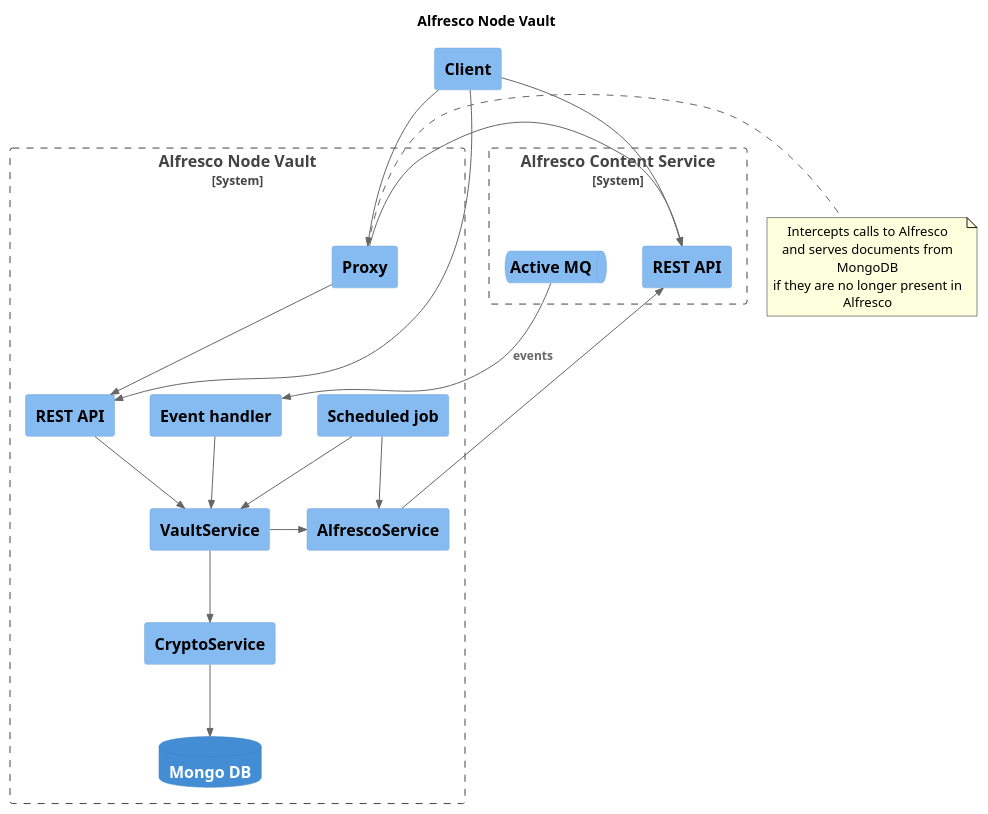
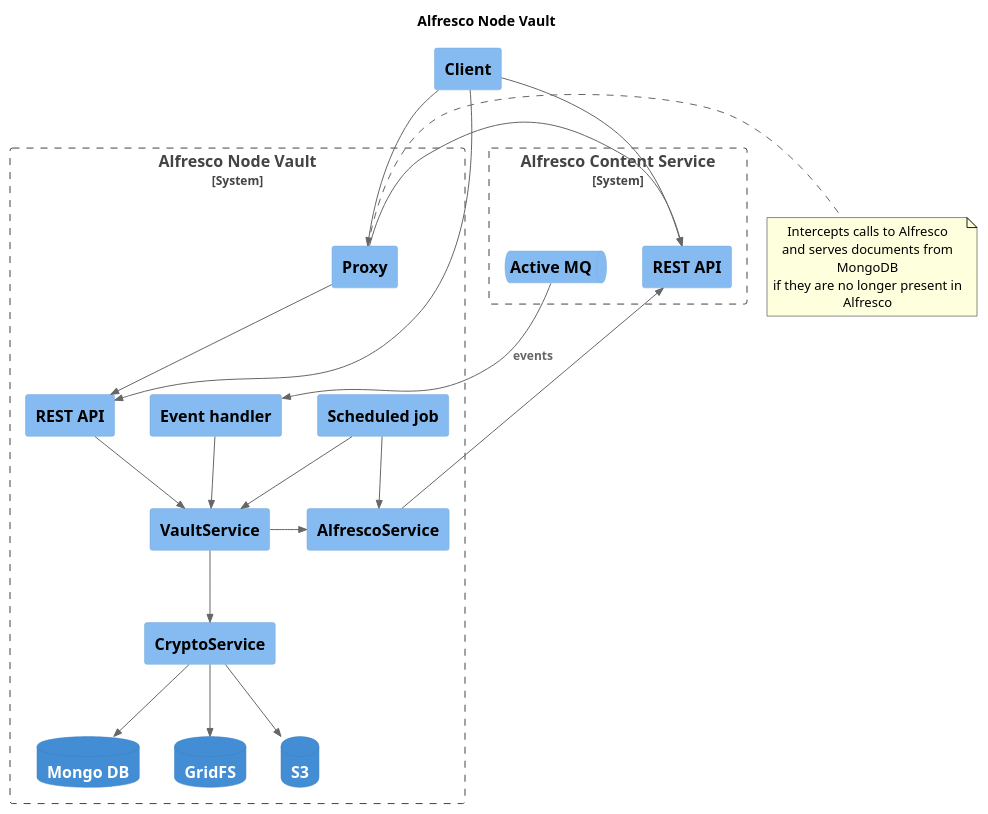
The diagram in architecture.puml (saidone75/alfresco-node-vault), drawn with PlantUML before and after one commit. The commit also changed 1 other file, not shown here.

Commit message:
Update architecture diagram: add GridFS and S3 components with updated relationships

```diff
--- a/architecture.puml
+++ b/architecture.puml
@@ -1,49 +1,53 @@
 @startuml
 !include <C4/C4_Container>
 !include <C4/C4_Component>
 
 hide stereotype
 
 title Alfresco Node Vault
 
 System_Boundary(anv, "Alfresco Node Vault") {
   Component(anvProxy, "Proxy")
   Component(anvApi, "REST API")
   Component(anvHandler, "Event handler")
   Component(anvJob, "Scheduled job")
   Component(anvVault, "VaultService")
   Component(anvCrypto, "CryptoService")
   Component(anvAlfresco, "AlfrescoService")
   ContainerDb(anvMongo, "Mongo DB")
+  ContainerDb(anvGrid, "GridFS")
+  ContainerDb(anvS3, "S3")
 }
 
 note right of [anvProxy]
 Intercepts calls to Alfresco
 and serves documents from MongoDB
 if they are no longer present in Alfresco
 end note
 
 System_Boundary(acs, "Alfresco Content Service") {
   ComponentQueue(acsQueue, "Active MQ")
   Component(acsApi, "REST API")
 }
 
 Rel_D(acsQueue, anvHandler, "events")
 Rel_D(anvProxy, anvApi, "")
 Rel_R(anvProxy, acsApi, "")
 Rel_D(anvApi, anvVault, "")
 Rel_D(anvHandler, anvVault, "")
 Rel_D(anvJob, anvVault, "")
 Rel_D(anvJob, anvAlfresco, "")
 Rel_D(anvVault, anvCrypto, "")
 Rel_D(anvCrypto, anvMongo, "")
+Rel_D(anvCrypto, anvGrid, "")
+Rel_D(anvCrypto, anvS3, "")
 Rel_R(anvVault, anvAlfresco, "")
 Rel_R(anvAlfresco, acsApi, "")
 
 Component(client, "Client")
 
 Rel_D(client, anvProxy, "")
 Rel_D(client, anvApi, "")
 Rel_D(client, acsApi, "")
 
 @enduml
```
